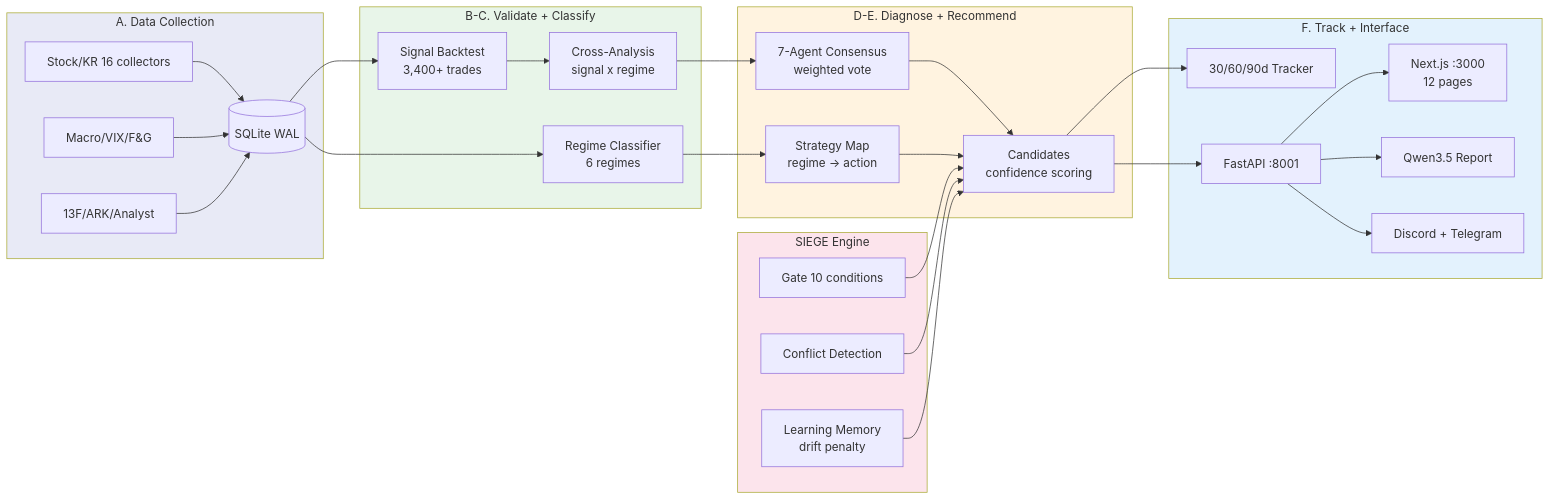
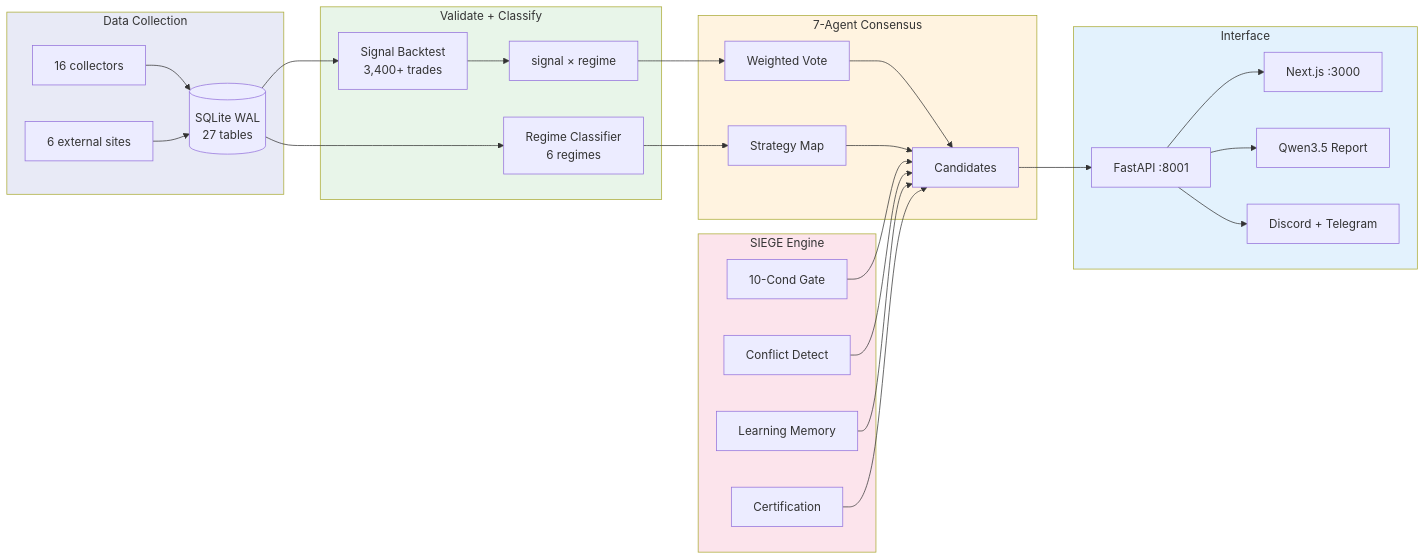
One commit to researcherhojin/nuri-quant changed the second of 2 diagrams in README.md. Above: the diagram before and after it, drawn with Mermaid. The commit also changed other lines of this file and 2 other files, not shown here.

First line of the commit message:
feat: SIEGE Certification Engine + emelmujiro-style README

````diff
--- a/README.md
+++ b/README.md
@@ -147,40 +99,40 @@
 ```mermaid
 graph LR
-    subgraph Collect["A. Data Collection"]
-        style Collect fill:#e8eaf6
-        S[Stock/KR 16 collectors] --> DB[(SQLite WAL)]
-        M[Macro/VIX/F&G] --> DB
-        F[13F/ARK/Analyst] --> DB
+    subgraph Collect["Data Collection"]
+        S[16 collectors] --> DB[(SQLite WAL<br/>27 tables)]
+        EX[6 external sites] --> DB
     end
 
-    subgraph Validate["B-C. Validate + Classify"]
-        style Validate fill:#e8f5e9
+    subgraph Quant["Validate + Classify"]
         DB --> BT[Signal Backtest<br/>3,400+ trades]
         DB --> RC[Regime Classifier<br/>6 regimes]
-        BT --> XA[Cross-Analysis<br/>signal x regime]
+        BT --> XA[signal × regime]
     end
 
-    subgraph Agents["D-E. Diagnose + Recommend"]
-        style Agents fill:#fff3e0
-        XA --> AG[7-Agent Consensus<br/>weighted vote]
-        RC --> SM[Strategy Map<br/>regime → action]
-        AG --> REC[Candidates<br/>confidence scoring]
+    subgraph Agents["7-Agent Consensus"]
+        XA --> AG[Weighted Vote]
+        RC --> SM[Strategy Map]
+        AG --> REC[Candidates]
         SM --> REC
     end
 
-    subgraph Engine["SIEGE Engine"]
-        style Engine fill:#fce4ec
-        GT[Gate 10 conditions] --> REC
-        CF[Conflict Detection] --> REC
-        LM[Learning Memory<br/>drift penalty] --> REC
+    subgraph SIEGE["SIEGE Engine"]
+        GT[10-Cond Gate] --> REC
+        CF[Conflict Detect] --> REC
+        LM[Learning Memory] --> REC
+        CERT[Certification] --> REC
     end
 
-    subgraph Output["F. Track + Interface"]
-        style Output fill:#e3f2fd
-        REC --> TK[30/60/90d Tracker]
+    subgraph Output["Interface"]
         REC --> API[FastAPI :8001]
-        API --> NX[Next.js :3000<br/>12 pages]
+        API --> NX[Next.js :3000]
         API --> LLM[Qwen3.5 Report]
-        API --> DC[Discord + Telegram]
+        API --> AL[Discord + Telegram]
     end
+
+    style Collect fill:#e8eaf6
+    style Quant fill:#e8f5e9
+    style Agents fill:#fff3e0
+    style SIEGE fill:#fce4ec
+    style Output fill:#e3f2fd
 ```
````
